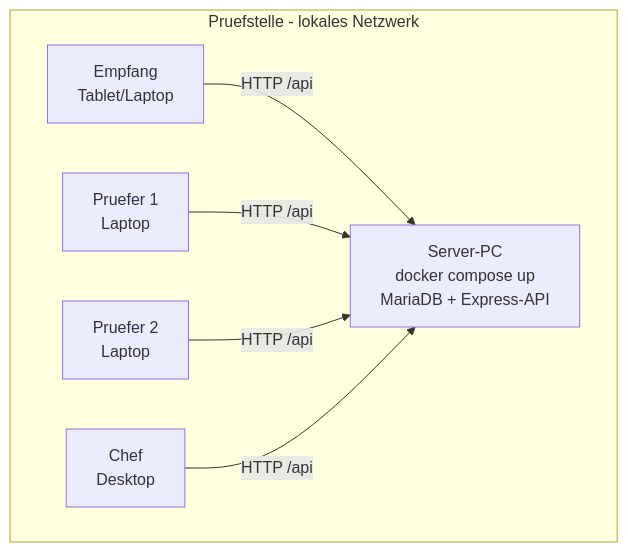
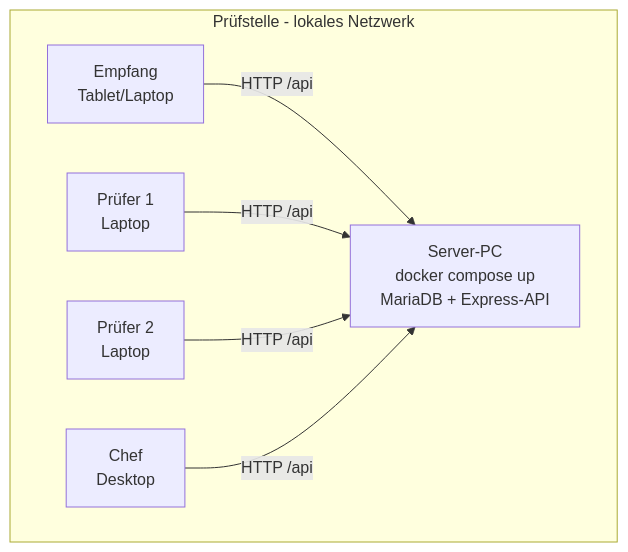
One commit to maroxd3/tuv-workflow-web changed the third of 3 diagrams in docs/design.md. Above: the diagram before and after it, drawn with Mermaid. The commit also changed other lines of this file and 26 other files, not shown here.

````diff
--- a/docs/design.md
+++ b/docs/design.md
@@ -129,15 +129,15 @@
 ```mermaid
 flowchart TB
-  subgraph Werkstatt[Pruefstelle - lokales Netzwerk]
+  subgraph Werkstatt[Prüfstelle - lokales Netzwerk]
     server[Server-PC<br/>docker compose up<br/>MariaDB + Express-API]
     empfang[Empfang<br/>Tablet/Laptop]
-    pruefer1[Pruefer 1<br/>Laptop]
-    pruefer2[Pruefer 2<br/>Laptop]
+    prüfer1[Prüfer 1<br/>Laptop]
+    prüfer2[Prüfer 2<br/>Laptop]
     chef[Chef<br/>Desktop]
   end
 
   empfang -->|HTTP /api| server
-  pruefer1 -->|HTTP /api| server
-  pruefer2 -->|HTTP /api| server
+  prüfer1 -->|HTTP /api| server
+  prüfer2 -->|HTTP /api| server
   chef -->|HTTP /api| server
 ```
````
